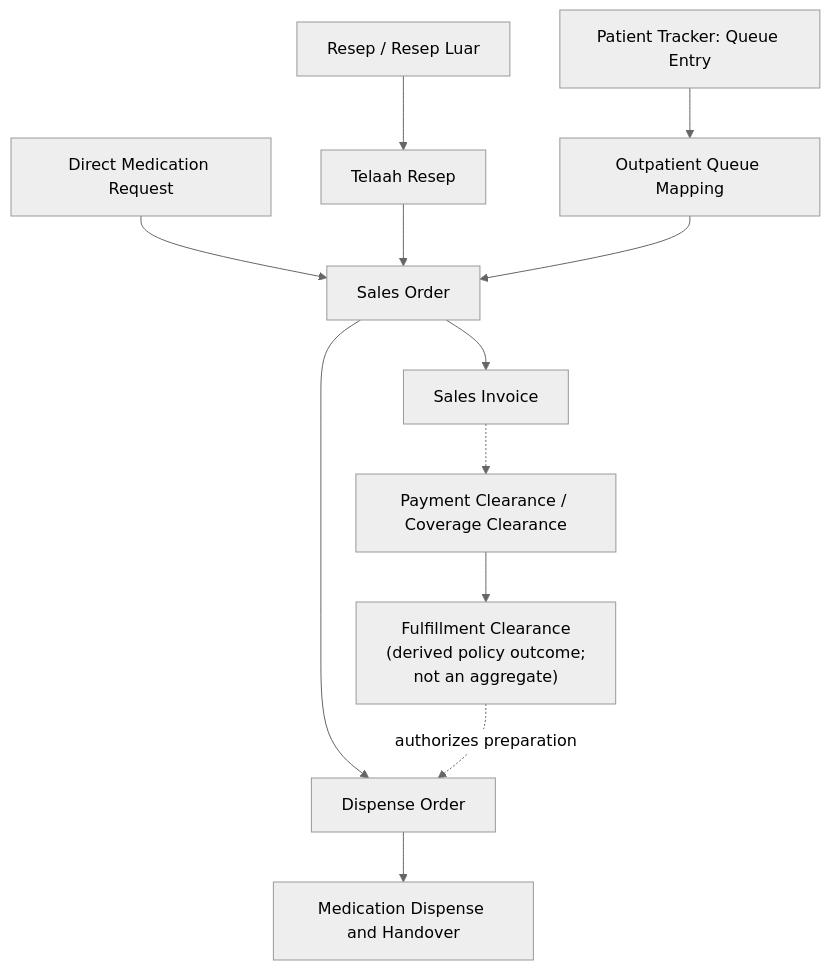
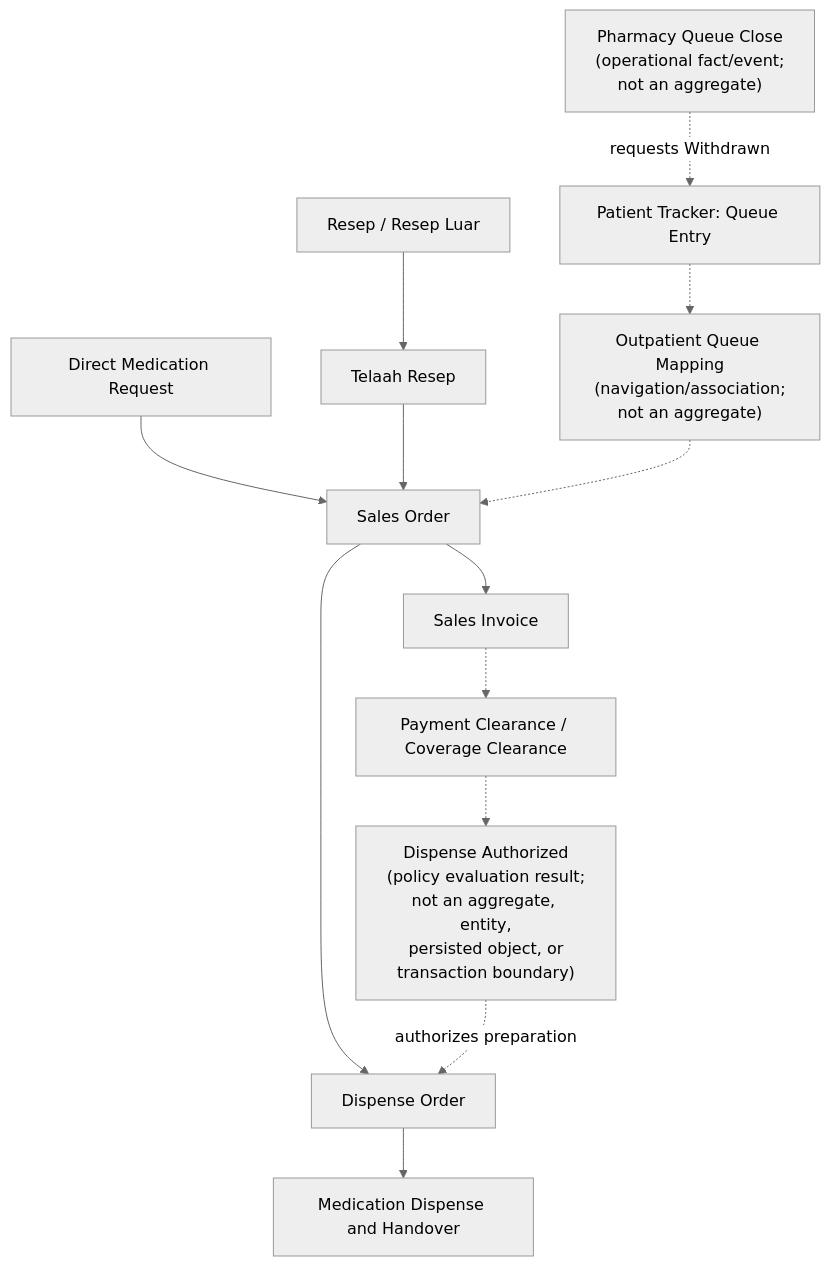
Before and after one commit to smart-ics/b09-bilreg-api: the diagram in docs/contexts/apotek/outpatient-apotek-screen-and-aggregate-design.md, drawn with Mermaid (neutral theme). The commit also changed other lines of this file and 27 other files, not shown here.

````diff
--- a/docs/contexts/apotek/outpatient-apotek-screen-and-aggregate-design.md
+++ b/docs/contexts/apotek/outpatient-apotek-screen-and-aggregate-design.md
@@ -267,14 +271,15 @@
 ```mermaid
 flowchart TD
   RX["Resep / Resep Luar"] --> TR["Telaah Resep"]
   DR["Direct Medication Request"] --> SO["Sales Order"]
   TR --> SO
-  Q["Patient Tracker: Queue Entry"] --> MAP["Outpatient Queue Mapping"]
-  MAP --> SO
+  Q["Patient Tracker: Queue Entry"] -.-> MAP["Outpatient Queue Mapping\n(navigation/association;\nnot an aggregate)"]
+  MAP -.-> SO
   SO --> INV["Sales Invoice"]
   SO --> DO["Dispense Order"]
-  PAY["Payment Clearance / Coverage Clearance"] --> CLR["Fulfillment Clearance\n(derived policy outcome;\nnot an aggregate)"]
+  PAY["Payment Clearance / Coverage Clearance"] -.-> AUTH["Dispense Authorized\n(policy evaluation result;\nnot an aggregate, entity,\npersisted object, or\ntransaction boundary)"]
   INV -.-> PAY
-  CLR -.->|"authorizes preparation"| DO
+  AUTH -.->|"authorizes preparation"| DO
   DO --> HO["Medication Dispense and Handover"]
+  CLOSE["Pharmacy Queue Close\n(operational fact/event;\nnot an aggregate)"] -.->|"requests Withdrawn"| Q
 ```
````
